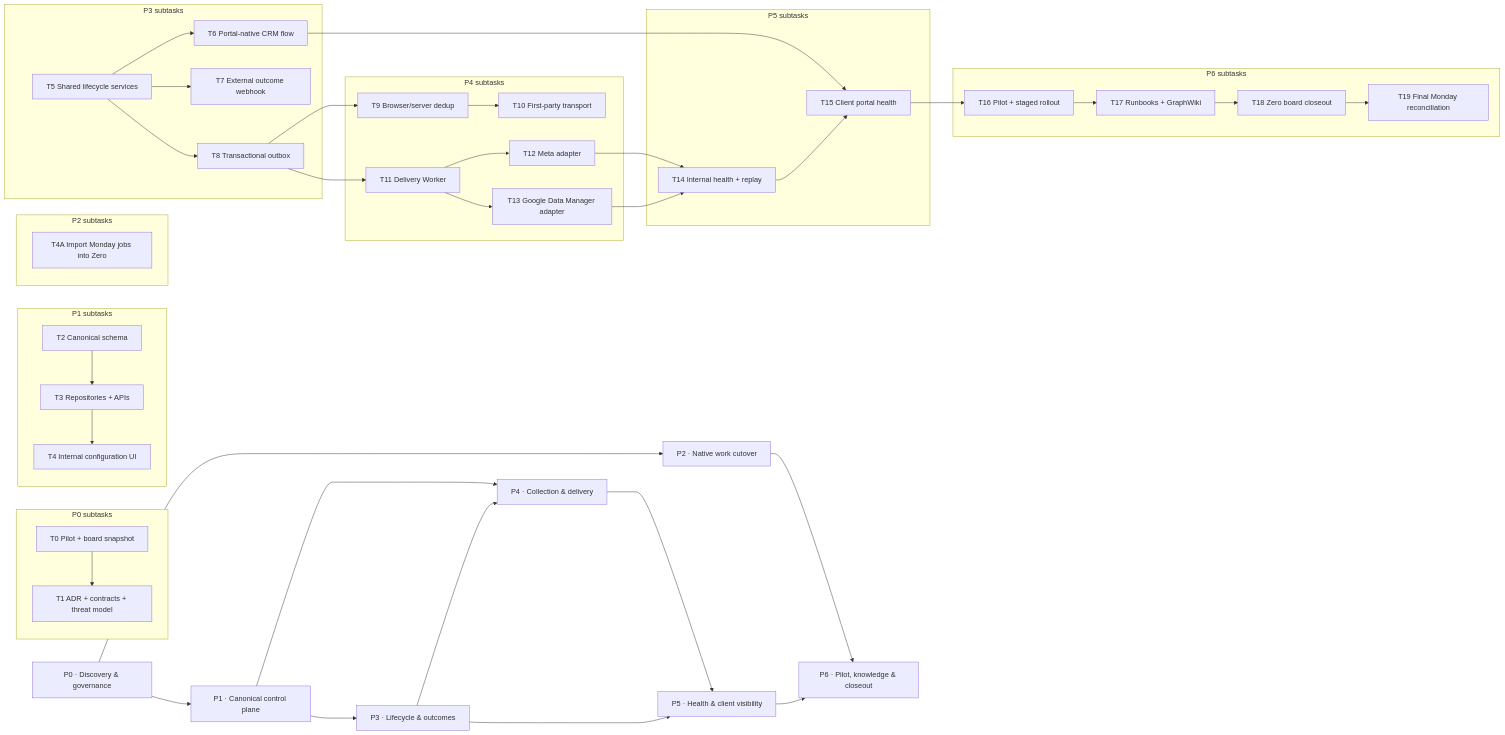
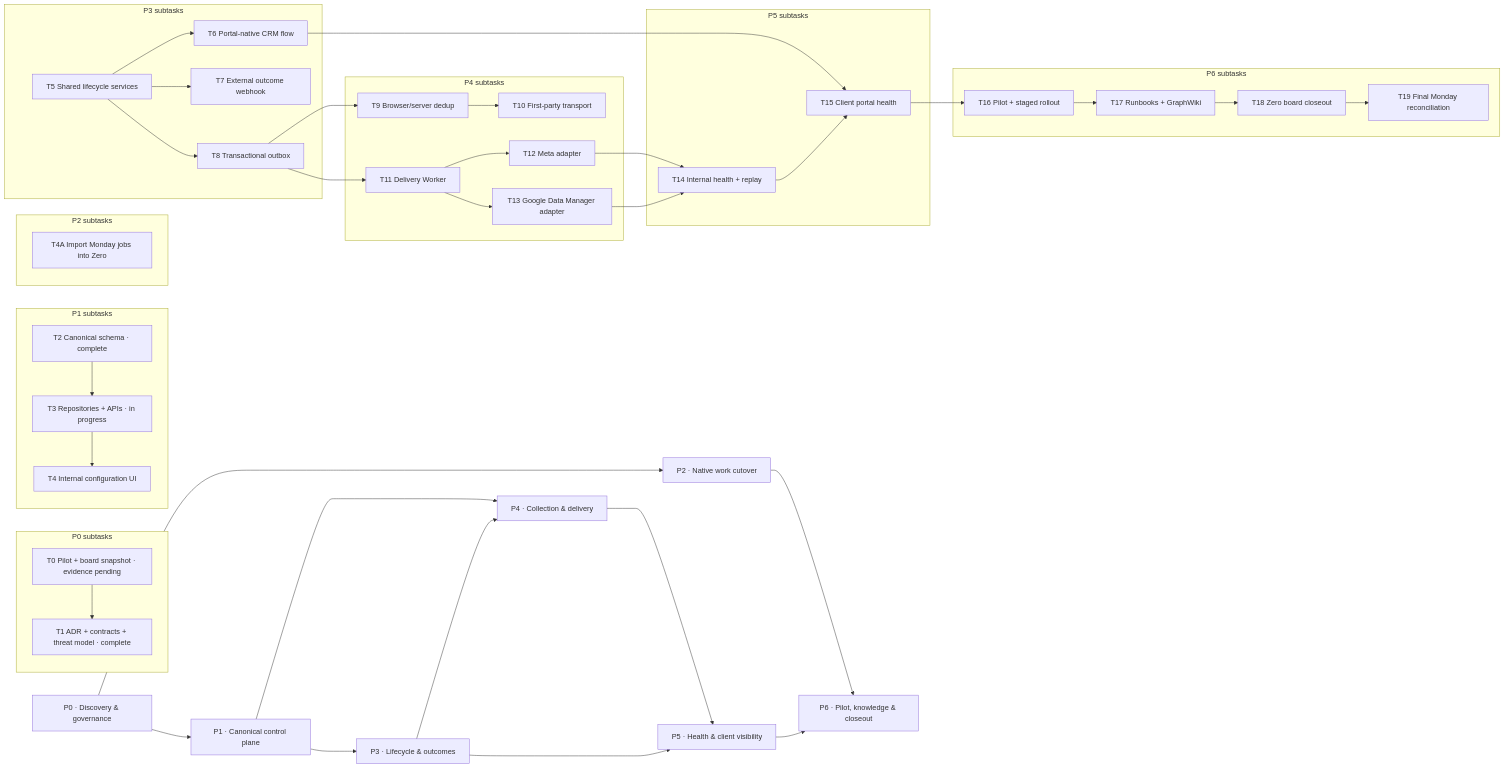
The diagram in docs/superpowers/plans/2026-07-17-measurement-signal-hub-execution-backlog.md (adme-dev/dashboard), drawn with Mermaid before and after one commit. The commit also changed other lines of this file, not shown here.

````diff
--- a/docs/superpowers/plans/2026-07-17-measurement-signal-hub-execution-backlog.md
+++ b/docs/superpowers/plans/2026-07-17-measurement-signal-hub-execution-backlog.md
@@ -9,51 +16,51 @@
 ```mermaid
 flowchart LR
   P0["P0 · Discovery & governance"]
   P1["P1 · Canonical control plane"]
   P2["P2 · Native work cutover"]
   P3["P3 · Lifecycle & outcomes"]
   P4["P4 · Collection & delivery"]
   P5["P5 · Health & client visibility"]
   P6["P6 · Pilot, knowledge & closeout"]
 
   P0 --> P1
   P0 --> P2
   P1 --> P3
   P1 --> P4
   P2 --> P6
   P3 --> P4
   P4 --> P5
   P3 --> P5
   P5 --> P6
 
   subgraph G0["P0 subtasks"]
-    T0["T0 Pilot + board snapshot"] --> T1["T1 ADR + contracts + threat model"]
+    T0["T0 Pilot + board snapshot · evidence pending"] --> T1["T1 ADR + contracts + threat model · complete"]
   end
   subgraph G1["P1 subtasks"]
-    T2["T2 Canonical schema"] --> T3["T3 Repositories + APIs"] --> T4["T4 Internal configuration UI"]
+    T2["T2 Canonical schema · complete"] --> T3["T3 Repositories + APIs · in progress"] --> T4["T4 Internal configuration UI"]
   end
   subgraph G2["P2 subtasks"]
     T4A["T4A Import Monday jobs into Zero"]
   end
   subgraph G3["P3 subtasks"]
     T5["T5 Shared lifecycle services"] --> T6["T6 Portal-native CRM flow"]
     T5 --> T7["T7 External outcome webhook"]
     T5 --> T8["T8 Transactional outbox"]
   end
   subgraph G4["P4 subtasks"]
     T8 --> T9["T9 Browser/server dedup"] --> T10["T10 First-party transport"]
     T8 --> T11["T11 Delivery Worker"]
     T11 --> T12["T12 Meta adapter"]
     T11 --> T13["T13 Google Data Manager adapter"]
   end
   subgraph G5["P5 subtasks"]
     T12 --> T14["T14 Internal health + replay"]
     T13 --> T14
     T6 --> T15["T15 Client portal health"]
     T14 --> T15
   end
   subgraph G6["P6 subtasks"]
     T15 --> T16["T16 Pilot + staged rollout"] --> T17["T17 Runbooks + GraphWiki"]
     T17 --> T18["T18 Zero board closeout"] --> T19["T19 Final Monday reconciliation"]
   end
 ```
````
